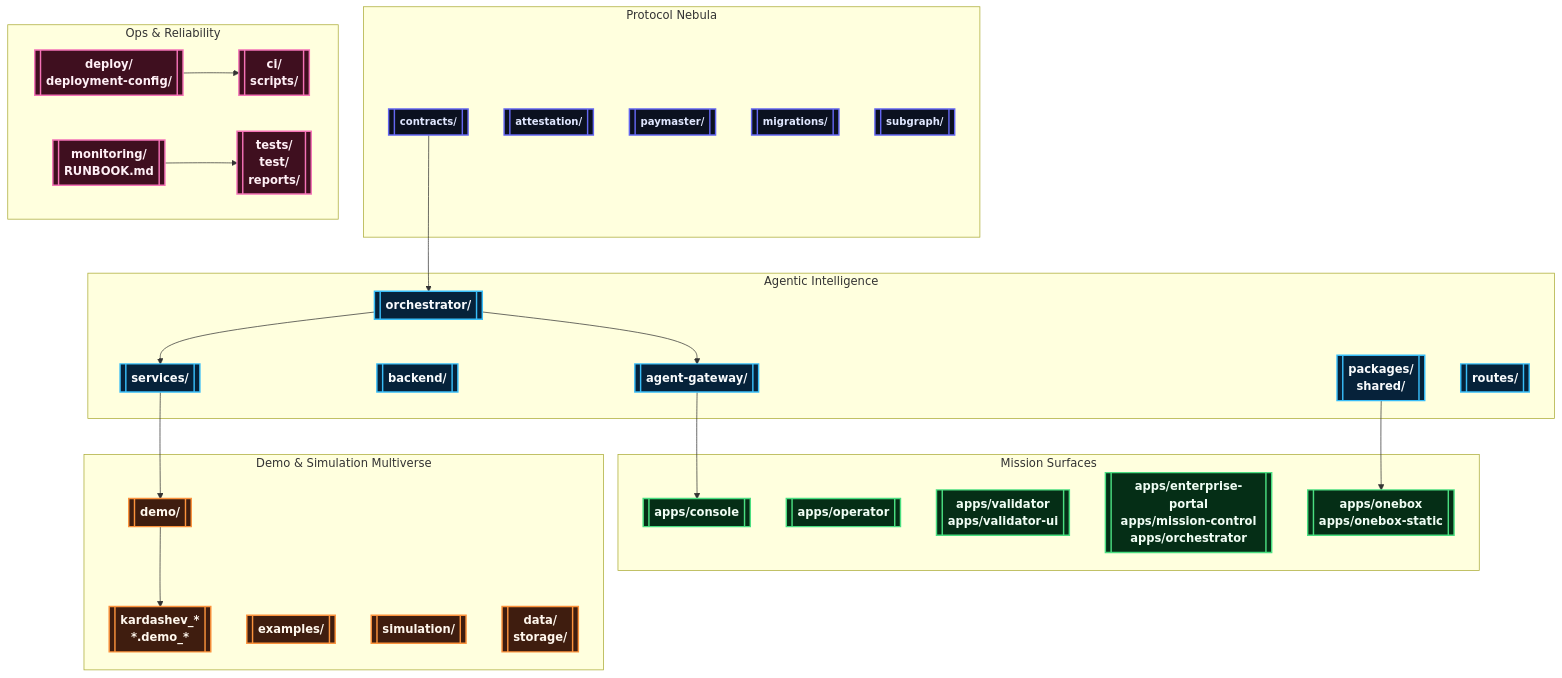
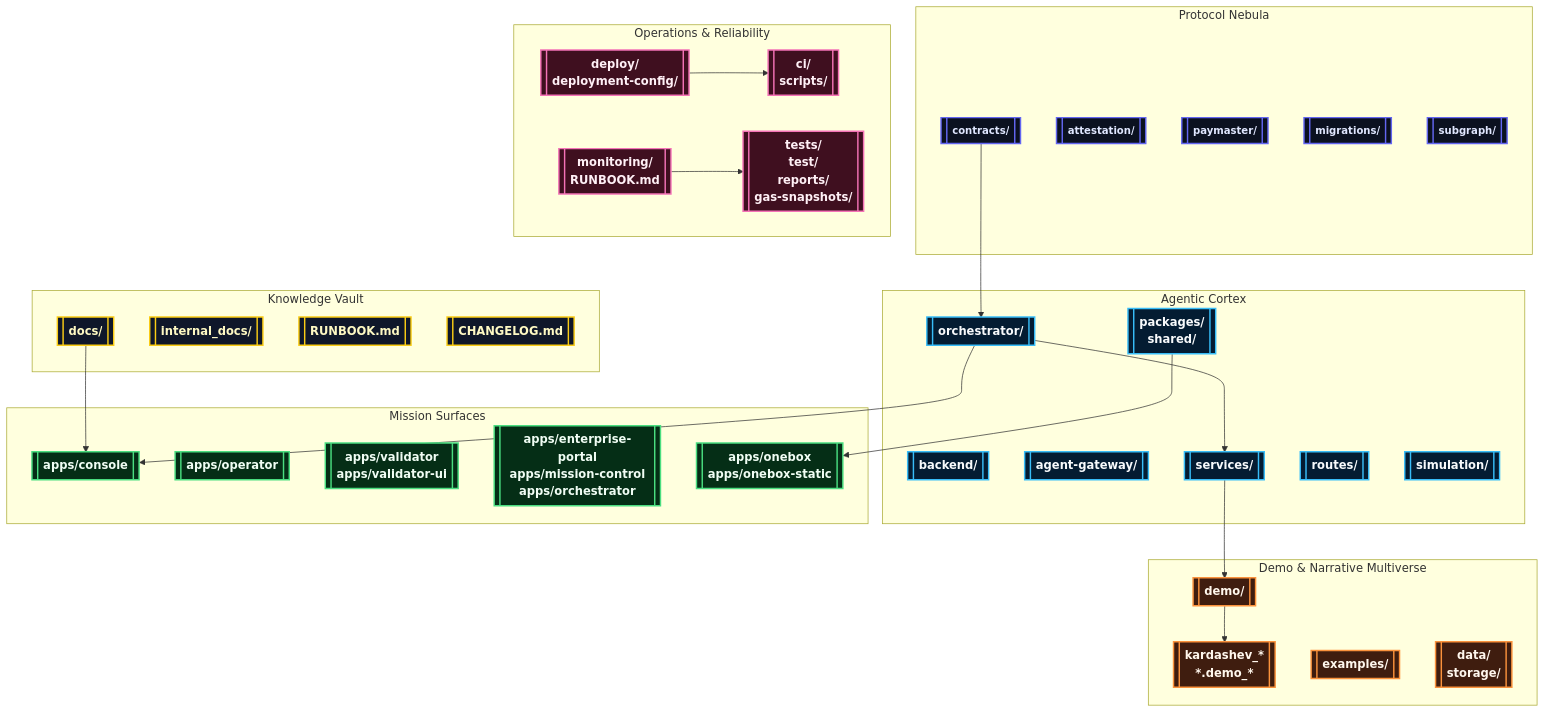
The first of 2 diagrams in README.md (MontrealAI/AGIJobsv0), drawn with Mermaid before and after one commit. The commit also changed other lines of this file, not shown here.

Commit message:
Refresh README for demo-focused launch

````diff
--- a/README.md
+++ b/README.md
@@ -42,56 +43,65 @@
 ```mermaid
-%% Interstellar systems map
-flowchart TD
+%% Galactic systems map
+flowchart TB
     classDef protocol fill:#0b1120,stroke:#6366f1,color:#e0e7ff,font-size:14px,font-weight:bold,stroke-width:2px;
-    classDef agentic fill:#06223a,stroke:#38bdf8,color:#f8fafc,font-weight:bold,stroke-width:2px;
+    classDef cortex fill:#041c32,stroke:#38bdf8,color:#f8fafc,font-weight:bold,stroke-width:2px;
     classDef surfaces fill:#052e16,stroke:#4ade80,color:#f0fdf4,font-weight:bold,stroke-width:2px;
     classDef ops fill:#3f0f1f,stroke:#f472b6,color:#fff0f6,font-weight:bold,stroke-width:2px;
     classDef demos fill:#3f1d0f,stroke:#fb923c,color:#fff7ed,font-weight:bold,stroke-width:2px;
+    classDef knowledge fill:#0f172a,stroke:#facc15,color:#fef9c3,font-weight:bold,stroke-width:2px;
 
     subgraph "Protocol Nebula"
         contracts[[contracts/]]:::protocol
         attestation[[attestation/]]:::protocol
         paymaster[[paymaster/]]:::protocol
         migrations[[migrations/]]:::protocol
         subgraphSvc[[subgraph/]]:::protocol
     end
 
-    subgraph "Agentic Intelligence"
-        orchestrator[[orchestrator/]]:::agentic
-        agentGateway[[agent-gateway/]]:::agentic
-        backendSvc[[backend/]]:::agentic
-        servicesHub[[services/]]:::agentic
-        packagesHub[[packages/\nshared/]]:::agentic
-        routesHub[[routes/]]:::agentic
+    subgraph "Agentic Cortex"
+        orchestrator[[orchestrator/]]:::cortex
+        backendSvc[[backend/]]:::cortex
+        agentGateway[[agent-gateway/]]:::cortex
+        servicesHub[[services/]]:::cortex
+        packagesHub[[packages/\nshared/]]:::cortex
+        routesHub[[routes/]]:::cortex
+        simHub[[simulation/]]:::cortex
     end
 
     subgraph "Mission Surfaces"
         console[[apps/console]]:::surfaces
         operator[[apps/operator]]:::surfaces
         validatorUI[[apps/validator\napps/validator-ui]]:::surfaces
         enterprise[[apps/enterprise-portal\napps/mission-control\napps/orchestrator]]:::surfaces
         onebox[[apps/onebox\napps/onebox-static]]:::surfaces
     end
 
-    subgraph "Ops & Reliability"
+    subgraph "Operations & Reliability"
         deploy[[deploy/\ndeployment-config/]]:::ops
         ci[[ci/\nscripts/]]:::ops
         monitoring[[monitoring/\nRUNBOOK.md]]:::ops
-        qa[[tests/\ntest/\nreports/]]:::ops
+        qa[[tests/\ntest/\nreports/\ngas-snapshots/]]:::ops
     end
 
-    subgraph "Demo & Simulation Multiverse"
-        demoHub[[demo/]]:::demos
+    subgraph "Demo & Narrative Multiverse"
+        demosRoot[[demo/]]:::demos
         kardashev[[kardashev_*\n*.demo_*]]:::demos
         examples[[examples/]]:::demos
-        simulation[[simulation/]]:::demos
         dataVault[[data/\nstorage/]]:::demos
     end
 
-    contracts --> orchestrator --> agentGateway --> console
-    orchestrator --> servicesHub --> demoHub
+    subgraph "Knowledge Vault"
+        docs[[docs/]]:::knowledge
+        internal[[internal_docs/]]:::knowledge
+        runbook[[RUNBOOK.md]]:::knowledge
+        changelog[[CHANGELOG.md]]:::knowledge
+    end
+
+    contracts --> orchestrator --> console
+    orchestrator --> servicesHub --> demosRoot
     packagesHub --> onebox
     deploy --> ci
     monitoring --> qa
-    demoHub --> kardashev
+    demosRoot --> kardashev
+    docs --> console
 ```
````
